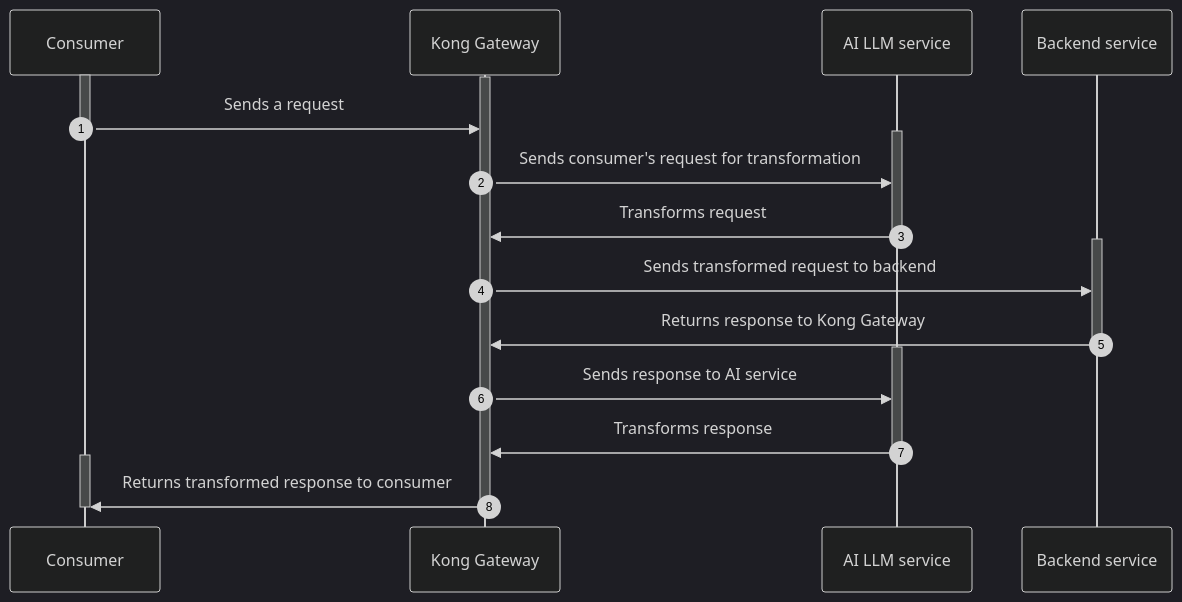
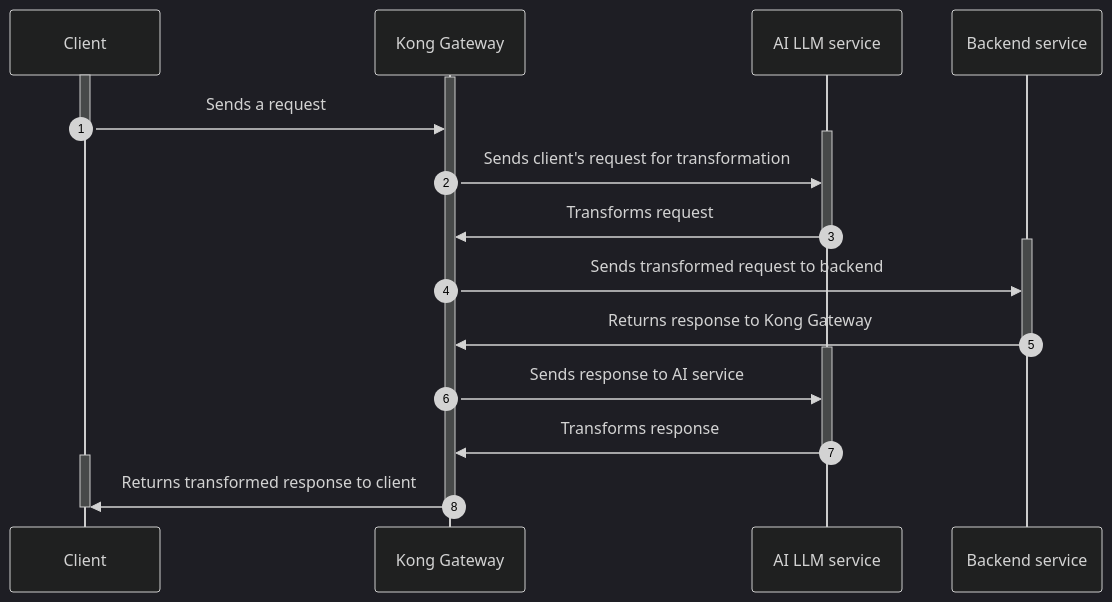
The diagram in app/_hub/kong-inc/ai-request-transformer/overview/_index.md (Kong/docs.konghq.com), drawn with Mermaid (dark theme) before and after one commit. The commit also changed other lines of this file and 5 other files, not shown here.

Commit message:
more accurate descriptions for request/response plugins; clean up, various edits

```diff
--- a/app/_hub/kong-inc/ai-request-transformer/overview/_index.md
+++ b/app/_hub/kong-inc/ai-request-transformer/overview/_index.md
@@ -15,28 +24,28 @@
 {% mermaid %}
 sequenceDiagram
     autonumber
-    participant consumer as Consumer
+    participant client as Client
     participant kong as Kong Gateway
     participant ai as AI LLM service
     participant backend as Backend service
-    activate consumer
+    activate client
     activate kong
-    consumer->>kong: Sends a request
-    deactivate consumer
+    client->>kong: Sends a request
+    deactivate client
     activate ai
-    kong->>ai: Sends consumer's request for transformation
+    kong->>ai: Sends client's request for transformation
     ai->>kong: Transforms request
     deactivate ai
     activate backend
     kong->>backend: Sends transformed request to backend
     backend->>kong: Returns response to Kong Gateway
     deactivate backend
     activate ai
     kong->>ai: Sends response to AI service
     ai->>kong: Transforms response
     deactivate ai
-    activate consumer
-    kong->>consumer: Returns transformed response to consumer
+    activate client
+    kong->>client: Returns transformed response to client
     deactivate kong
-    deactivate consumer
+    deactivate client
 {% endmermaid %}
```
